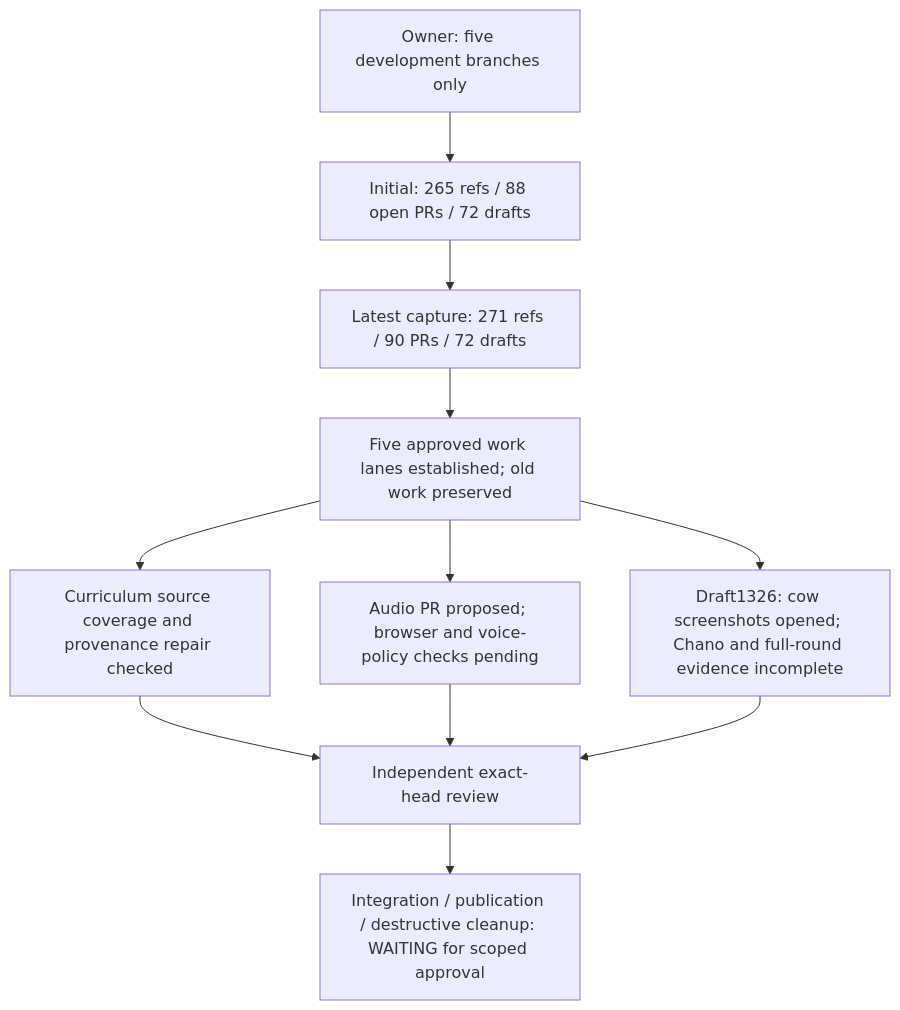
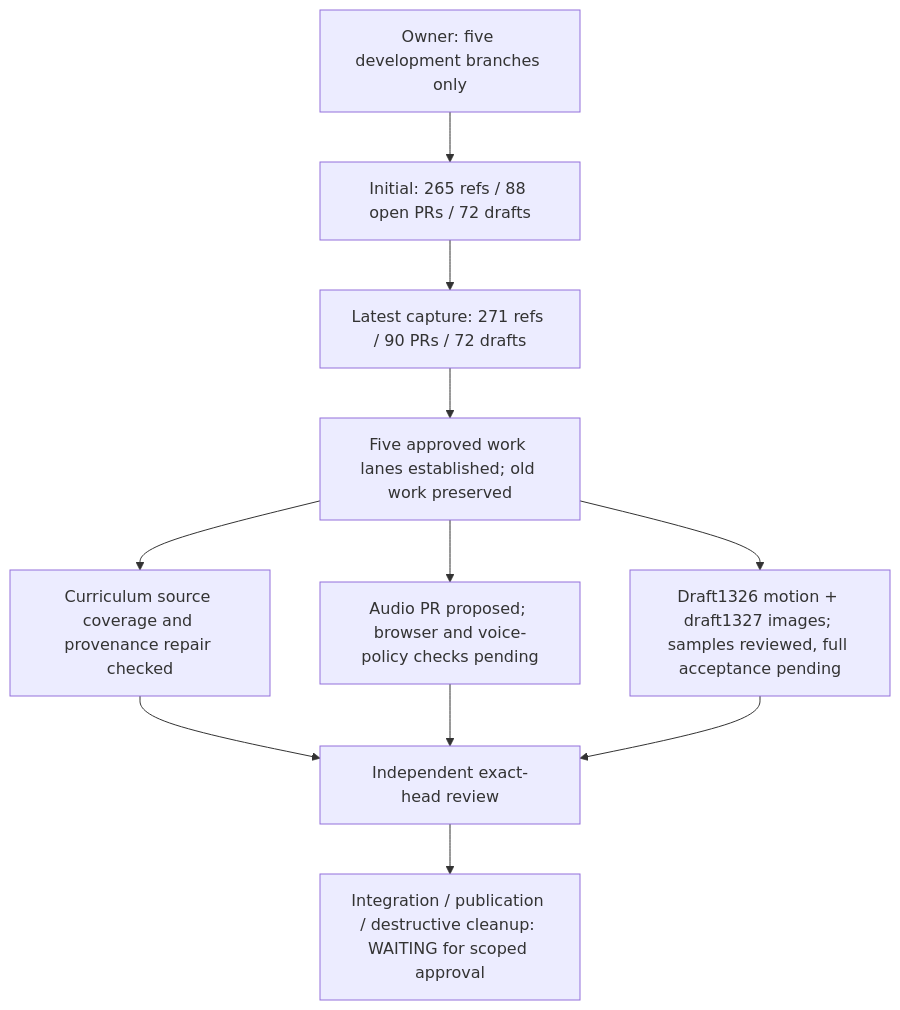
The first of 4 diagrams in docs/OWNER-VISUAL-STATUS.md (ejnburrows-rgb/cartilla-de-gretel), drawn with Mermaid before and after one commit. The commit also changed other lines of this file, not shown here.

````diff
--- a/docs/OWNER-VISUAL-STATUS.md
+++ b/docs/OWNER-VISUAL-STATUS.md
@@ -12,13 +12,13 @@
 ```mermaid
 flowchart TD
   A["Owner: five development branches only"] --> B["Initial: 265 refs / 88 open PRs / 72 drafts"]
   B --> C["Latest capture: 271 refs / 90 PRs / 72 drafts"]
   C --> D["Five approved work lanes established; old work preserved"]
   D --> E["Curriculum source coverage and provenance repair checked"]
   D --> F["Audio PR proposed; browser and voice-policy checks pending"]
-  D --> G["Draft1326: cow screenshots opened; Chano and full-round evidence incomplete"]
+  D --> G["Draft1326 motion + draft1327 images; samples reviewed, full acceptance pending"]
   E --> H["Independent exact-head review"]
   F --> H
   G --> H
   H --> I["Integration / publication / destructive cleanup: WAITING for scoped approval"]
 ```
````
